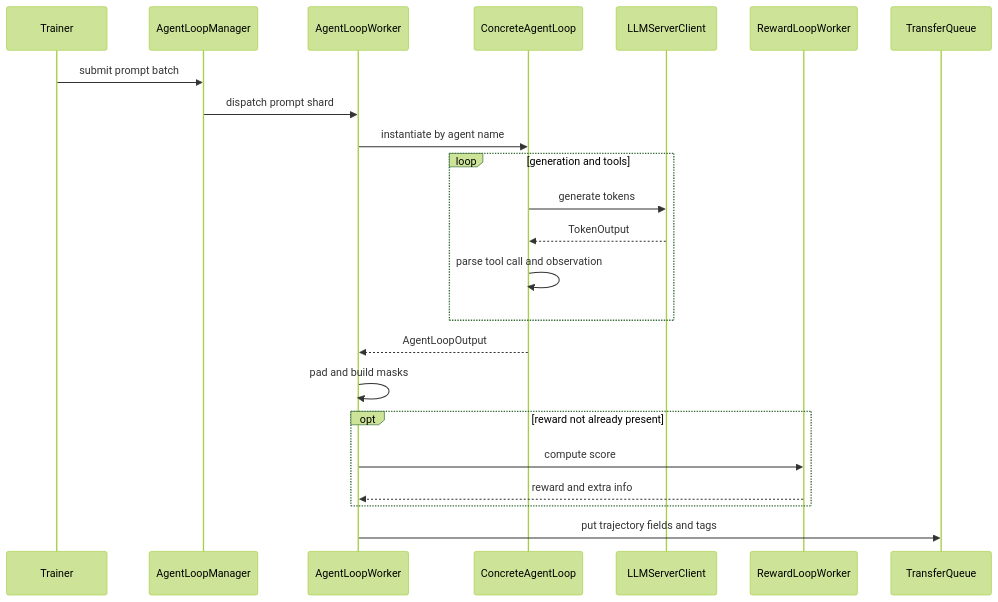
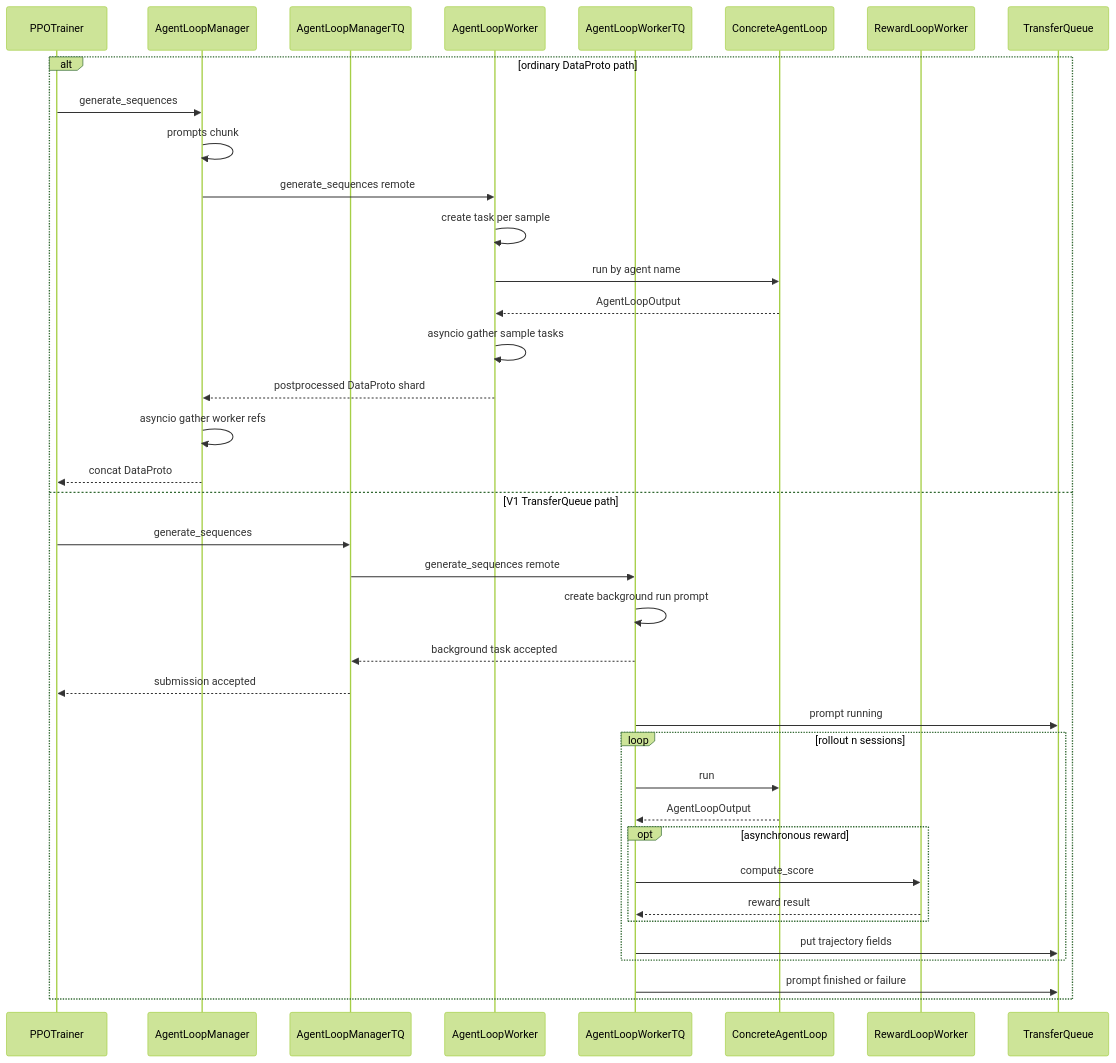
One commit to suhaibo666/llm-knowledge changed the diagram in wiki/02_engineering/04_posttrain_frameworks/verl/18_verl_agent_loop_reward_runtime_analysis.md. Above: the diagram before and after it, drawn with Mermaid (forest theme). The commit also changed other lines of this file and 8 other files, not shown here.

````diff
--- a/wiki/02_engineering/04_posttrain_frameworks/verl/18_verl_agent_loop_reward_runtime_analysis.md
+++ b/wiki/02_engineering/04_posttrain_frameworks/verl/18_verl_agent_loop_reward_runtime_analysis.md
@@ -40,26 +40,41 @@
 ```mermaid
 sequenceDiagram
-    participant T as Trainer
+    participant T as PPOTrainer
     participant M as AgentLoopManager
-    participant A as AgentLoopWorker
+    participant MTQ as AgentLoopManagerTQ
+    participant W as AgentLoopWorker
+    participant WTQ as AgentLoopWorkerTQ
     participant L as ConcreteAgentLoop
-    participant S as LLMServerClient
     participant R as RewardLoopWorker
     participant Q as TransferQueue
 
-    T->>M: submit prompt batch
-    M->>A: dispatch prompt shard
-    A->>L: instantiate by agent name
-    loop generation and tools
-        L->>S: generate tokens
-        S-->>L: TokenOutput
-        L->>L: parse tool call and observation
+    alt ordinary DataProto path
+        T->>M: generate_sequences
+        M->>M: prompts chunk
+        M->>W: generate_sequences remote
+        W->>W: create task per sample
+        W->>L: run by agent name
+        L-->>W: AgentLoopOutput
+        W->>W: asyncio gather sample tasks
+        W-->>M: postprocessed DataProto shard
+        M->>M: asyncio gather worker refs
+        M-->>T: concat DataProto
+    else V1 TransferQueue path
+        T->>MTQ: generate_sequences
+        MTQ->>WTQ: generate_sequences remote
+        WTQ->>WTQ: create background run prompt
+        WTQ-->>MTQ: background task accepted
+        MTQ-->>T: submission accepted
+        WTQ->>Q: prompt running
+        loop rollout n sessions
+            WTQ->>L: run
+            L-->>WTQ: AgentLoopOutput
+            opt asynchronous reward
+                WTQ->>R: compute_score
+                R-->>WTQ: reward result
+            end
+            WTQ->>Q: put trajectory fields
+        end
+        WTQ->>Q: prompt finished or failure
     end
-    L-->>A: AgentLoopOutput
-    A->>A: pad and build masks
-    opt reward not already present
-        A->>R: compute score
-        R-->>A: reward and extra info
-    end
-    A->>Q: put trajectory fields and tags
 ```
````
